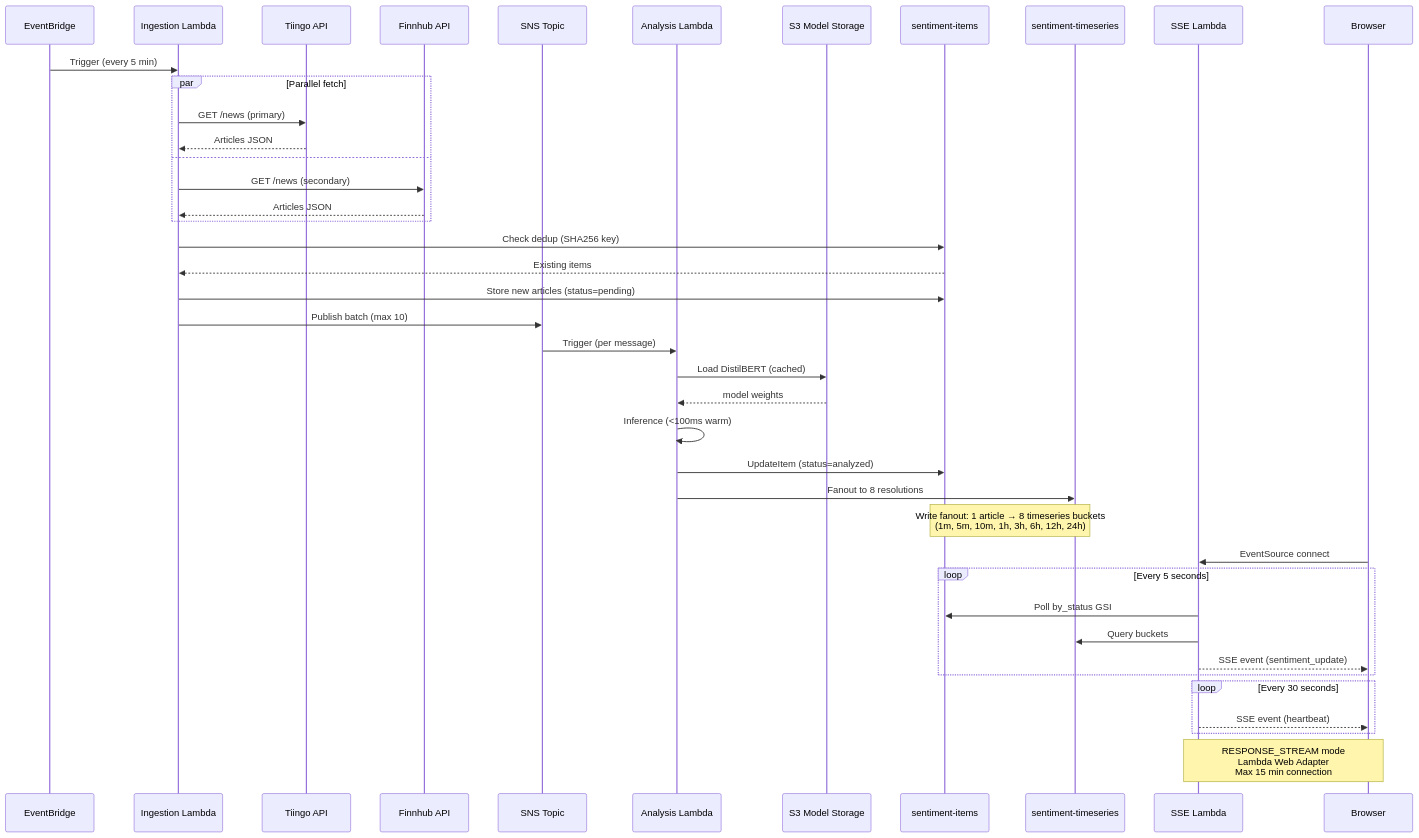
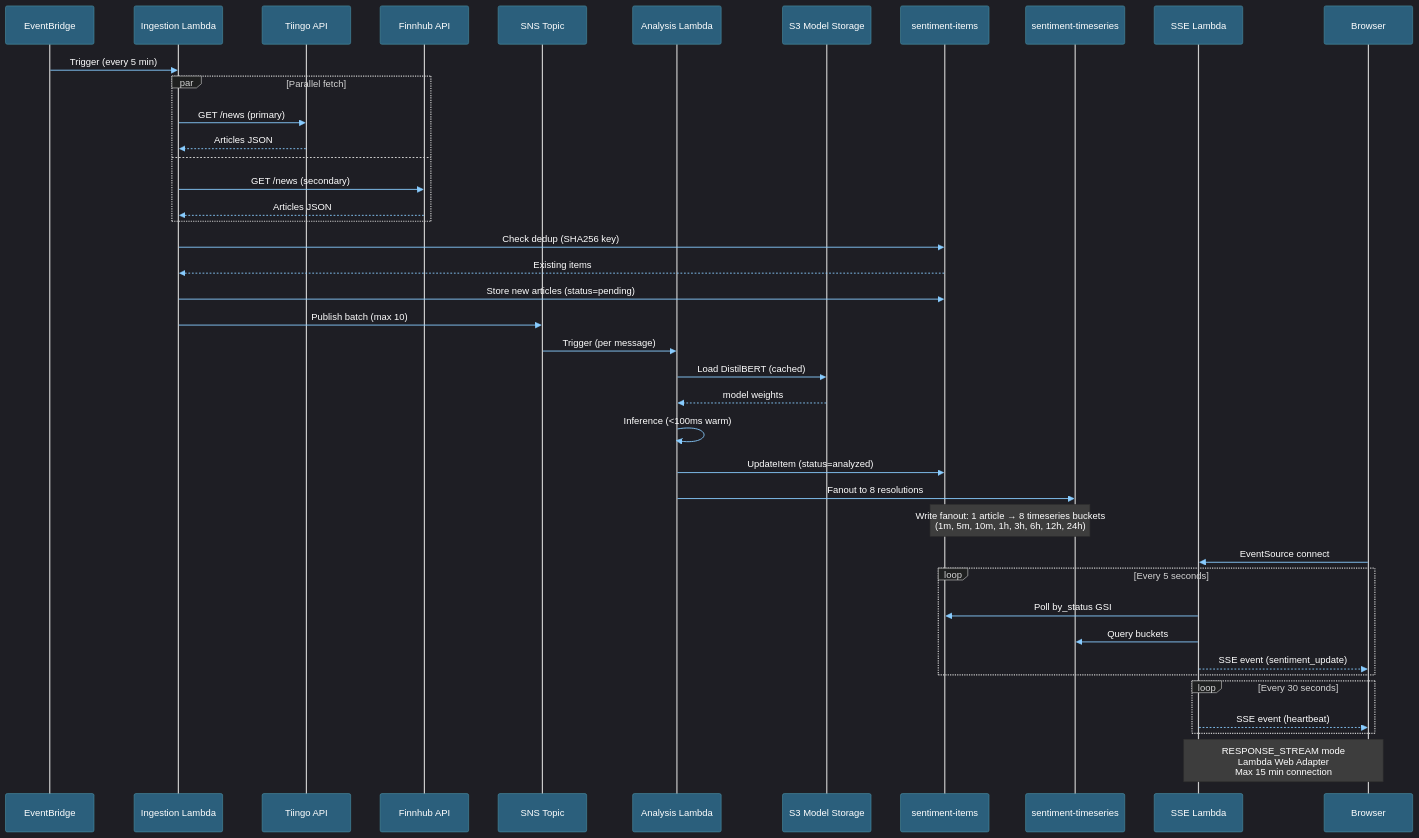
Before and after one commit to traylorre/sentiment-analyzer-gsk: the fourth of 5 diagrams in README.md, drawn with Mermaid. The commit also changed other lines of this file and 2 other files, not shown here.

First line of the commit message:
feat(docs): Apply dark theme to mermaid diagrams for readability

````diff
--- a/README.md
+++ b/README.md
@@ -376,53 +379,54 @@
 ```mermaid
+%%{init: {"theme": "dark", "themeVariables": {"primaryColor": "#4A90A4", "lineColor": "#88CCFF", "primaryTextColor": "#FFFFFF", "actorTextColor": "#FFFFFF", "actorBkg": "#2B5F7C", "actorBorder": "#4A90A4", "signalColor": "#88CCFF", "signalTextColor": "#FFFFFF", "noteBkgColor": "#3D3D3D", "noteTextColor": "#FFFFFF", "activationBkgColor": "#2d2d2d"}}}%%
 sequenceDiagram
     participant EB as EventBridge
     participant Ing as Ingestion Lambda
     participant Tiingo as Tiingo API
     participant Finnhub as Finnhub API
     participant SNS as SNS Topic
     participant Ana as Analysis Lambda
     participant S3 as S3 Model Storage
     participant Items as sentiment-items
     participant TS as sentiment-timeseries
     participant SSE as SSE Lambda
     participant User as Browser
 
     EB->>Ing: Trigger (every 5 min)
 
     par Parallel fetch
         Ing->>Tiingo: GET /news (primary)
         Tiingo-->>Ing: Articles JSON
     and
         Ing->>Finnhub: GET /news (secondary)
         Finnhub-->>Ing: Articles JSON
     end
 
     Ing->>Items: Check dedup (SHA256 key)
     Items-->>Ing: Existing items
 
     Ing->>Items: Store new articles (status=pending)
     Ing->>SNS: Publish batch (max 10)
 
     SNS->>Ana: Trigger (per message)
     Ana->>S3: Load DistilBERT (cached)
     S3-->>Ana: model weights
     Ana->>Ana: Inference (<100ms warm)
     Ana->>Items: UpdateItem (status=analyzed)
     Ana->>TS: Fanout to 8 resolutions
 
     Note over Items,TS: Write fanout: 1 article → 8 timeseries buckets<br/>(1m, 5m, 10m, 1h, 3h, 6h, 12h, 24h)
 
     User->>SSE: EventSource connect
 
     loop Every 5 seconds
         SSE->>Items: Poll by_status GSI
         SSE->>TS: Query buckets
         SSE-->>User: SSE event (sentiment_update)
     end
 
     loop Every 30 seconds
         SSE-->>User: SSE event (heartbeat)
     end
 
     Note over SSE,User: RESPONSE_STREAM mode<br/>Lambda Web Adapter<br/>Max 15 min connection
 ```
````
